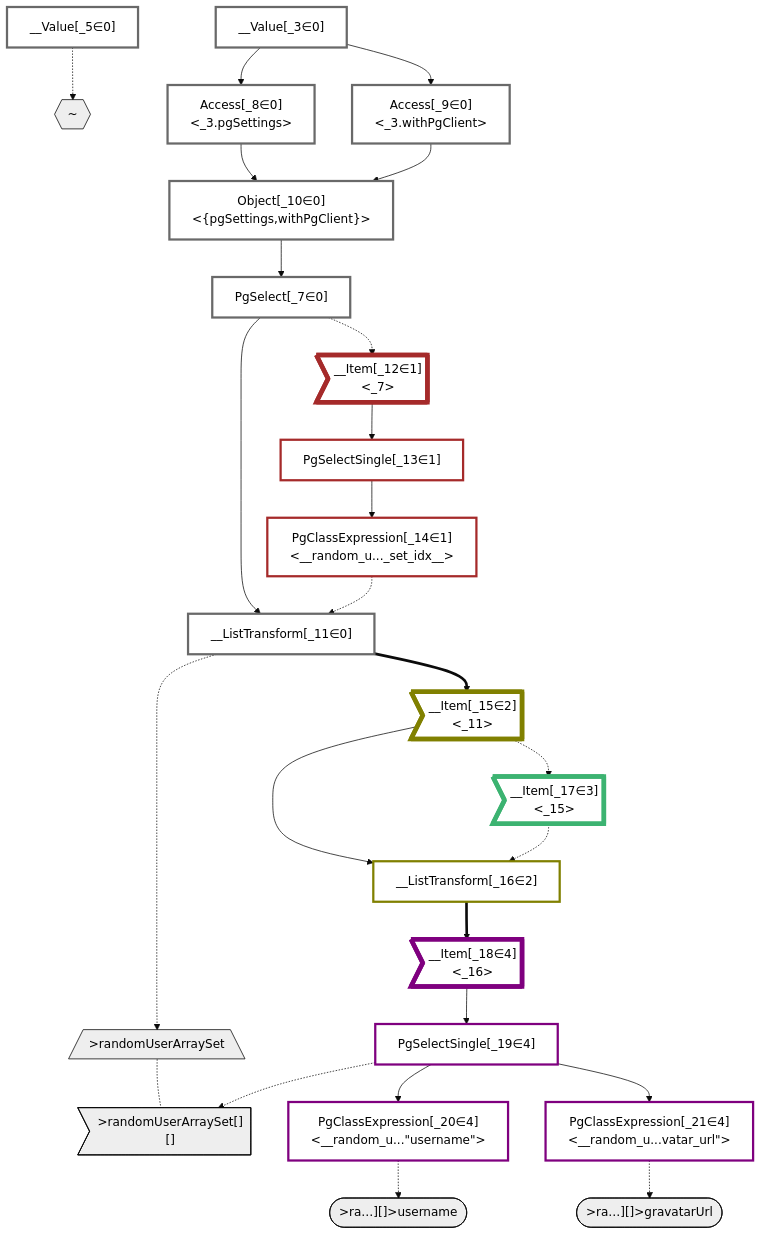
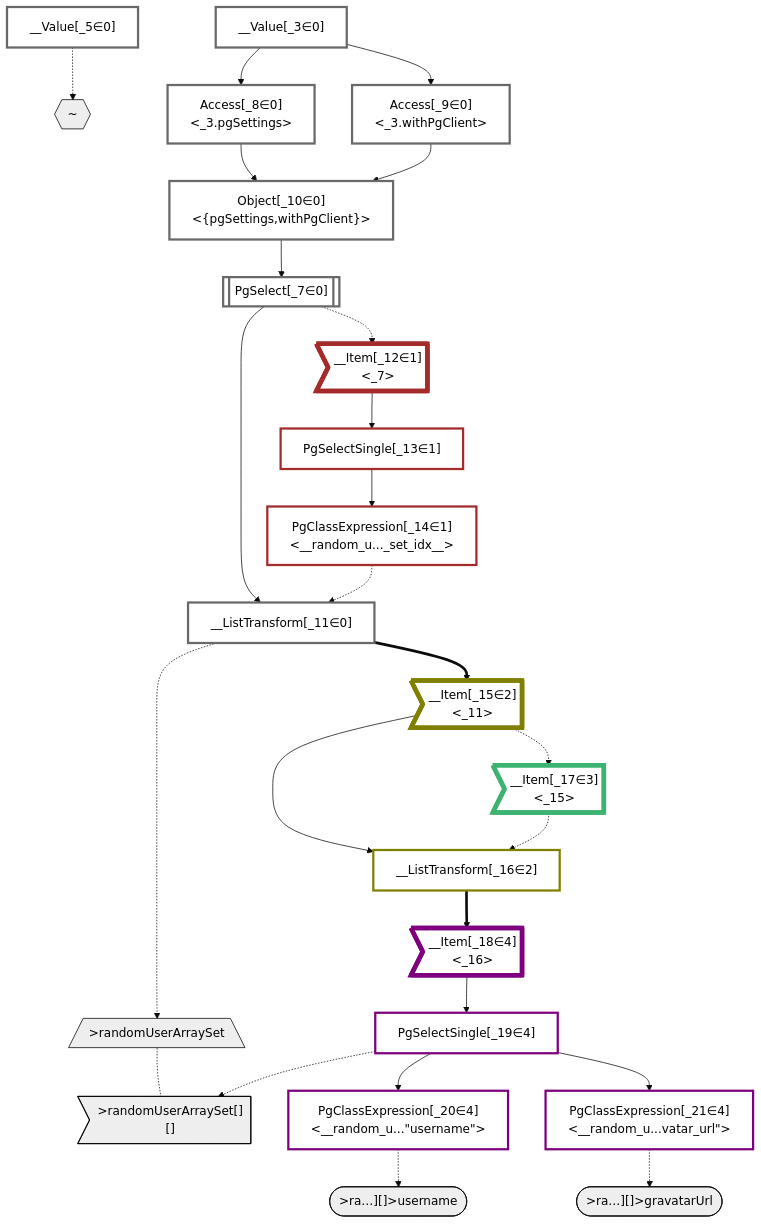
One commit to graphile/crystal changed the diagram in packages/dataplan-pg/__tests__/queries/functions/custom-query-random-user-array-set.mermaid.md. Above: the diagram before and after it, drawn with Mermaid (base theme). The commit also changed 195 other files, not shown here.

````diff
--- a/packages/dataplan-pg/__tests__/queries/functions/custom-query-random-user-array-set.mermaid.md
+++ b/packages/dataplan-pg/__tests__/queries/functions/custom-query-random-user-array-set.mermaid.md
@@ -1,77 +1,77 @@
 ```mermaid
 graph TD
     classDef path fill:#eee,stroke:#000,color:#000
     classDef plan fill:#fff,stroke-width:3px,color:#000
     classDef itemplan fill:#fff,stroke-width:6px,color:#000
     classDef sideeffectplan fill:#f00,stroke-width:6px,color:#000
 
     %% subgraph fields
     P1{{"~"}}:::path
     P2[/">randomUserArraySet"\]:::path
     P3>">randomUserArraySet[][]"]:::path
     P2 -.- P3
     P4([">ra…][]>username"]):::path
     %% P3 -.-> P4
     P5([">ra…][]>gravatarUrl"]):::path
     %% P3 -.-> P5
     %% P1 -.-> P2
     %% end
 
     %% define plans
     __Value_3["__Value[_3∈0]<br /><context>"]:::plan
     __Value_5["__Value[_5∈0]<br /><rootValue>"]:::plan
-    PgSelect_7["PgSelect[_7∈0]<br /><random_user_array_set>"]:::plan
+    PgSelect_7[["PgSelect[_7∈0]<br /><random_user_array_set>"]]:::plan
     Access_8["Access[_8∈0]<br /><_3.pgSettings>"]:::plan
     Access_9["Access[_9∈0]<br /><_3.withPgClient>"]:::plan
     Object_10["Object[_10∈0]<br /><{pgSettings,withPgClient}>"]:::plan
     __ListTransform_11["__ListTransform[_11∈0]<br /><partitionByIndex1:_7>"]:::plan
     __Item_12>"__Item[_12∈1]<br /><_7>"]:::itemplan
     PgSelectSingle_13["PgSelectSingle[_13∈1]<br /><random_user_array_set>"]:::plan
     PgClassExpression_14["PgClassExpression[_14∈1]<br /><__random_u..._set_idx__>"]:::plan
     __Item_15>"__Item[_15∈2]<br /><_11>"]:::itemplan
     __ListTransform_16["__ListTransform[_16∈2]<br /><each:_15>"]:::plan
     __Item_17>"__Item[_17∈3]<br /><_15>"]:::itemplan
     __Item_18>"__Item[_18∈4]<br /><_16>"]:::itemplan
     PgSelectSingle_19["PgSelectSingle[_19∈4]<br /><random_user_array_set>"]:::plan
     PgClassExpression_20["PgClassExpression[_20∈4]<br /><__random_u...#quot;username#quot;>"]:::plan
     PgClassExpression_21["PgClassExpression[_21∈4]<br /><__random_u...vatar_url#quot;>"]:::plan
 
     %% plan dependencies
     Object_10 --> PgSelect_7
     __Value_3 --> Access_8
     __Value_3 --> Access_9
     Access_8 --> Object_10
     Access_9 --> Object_10
     PgSelect_7 --> __ListTransform_11
     PgClassExpression_14 -.-> __ListTransform_11
     PgSelect_7 -.-> __Item_12
     __Item_12 --> PgSelectSingle_13
     PgSelectSingle_13 --> PgClassExpression_14
     __ListTransform_11 ==> __Item_15
     __Item_15 --> __ListTransform_16
     __Item_17 -.-> __ListTransform_16
     __Item_15 -.-> __Item_17
     __ListTransform_16 ==> __Item_18
     __Item_18 --> PgSelectSingle_19
     PgSelectSingle_19 --> PgClassExpression_20
     PgSelectSingle_19 --> PgClassExpression_21
 
     %% plan-to-path relationships
     __Value_5 -.-> P1
     __ListTransform_11 -.-> P2
     PgSelectSingle_19 -.-> P3
     PgClassExpression_20 -.-> P4
     PgClassExpression_21 -.-> P5
 
     %% allocate buckets
     classDef bucket0 stroke:#696969
     class __Value_3,__Value_5,PgSelect_7,Access_8,Access_9,Object_10,__ListTransform_11 bucket0
     classDef bucket1 stroke:#a52a2a
     class __Item_12,PgSelectSingle_13,PgClassExpression_14 bucket1
     classDef bucket2 stroke:#808000
     class __Item_15,__ListTransform_16 bucket2
     classDef bucket3 stroke:#3cb371
     class __Item_17 bucket3
     classDef bucket4 stroke:#7f007f
     class __Item_18,PgSelectSingle_19,PgClassExpression_20,PgClassExpression_21 bucket4
 ```
````
